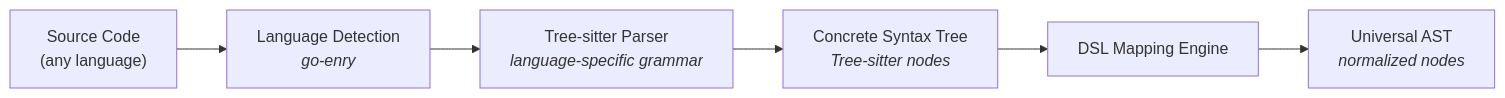
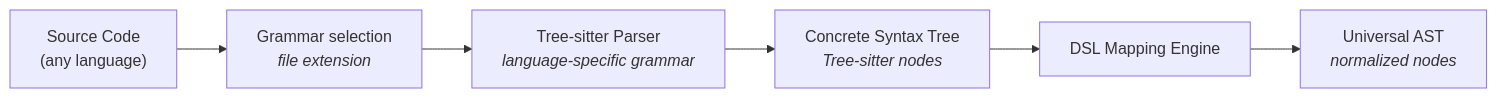
One commit to Sumatoshi-tech/codefang changed the first of 2 diagrams in site/architecture/uast.md. Above: the diagram before and after it, drawn with Mermaid. The commit also changed other lines of this file and 647 other files, not shown here.

````diff
--- a/site/architecture/uast.md
+++ b/site/architecture/uast.md
@@ -61,8 +64,8 @@
 ```mermaid
 flowchart LR
-    SRC["Source Code<br/>(any language)"] --> DETECT["Language Detection<br/><em>go-enry</em>"]
+    SRC["Source Code<br/>(any language)"] --> DETECT["Grammar selection<br/><em>file extension</em>"]
     DETECT --> TS["Tree-sitter Parser<br/><em>language-specific grammar</em>"]
     TS --> CST["Concrete Syntax Tree<br/><em>Tree-sitter nodes</em>"]
     CST --> DSL["DSL Mapping Engine"]
     DSL --> UAST["Universal AST<br/><em>normalized nodes</em>"]
 ```
````
